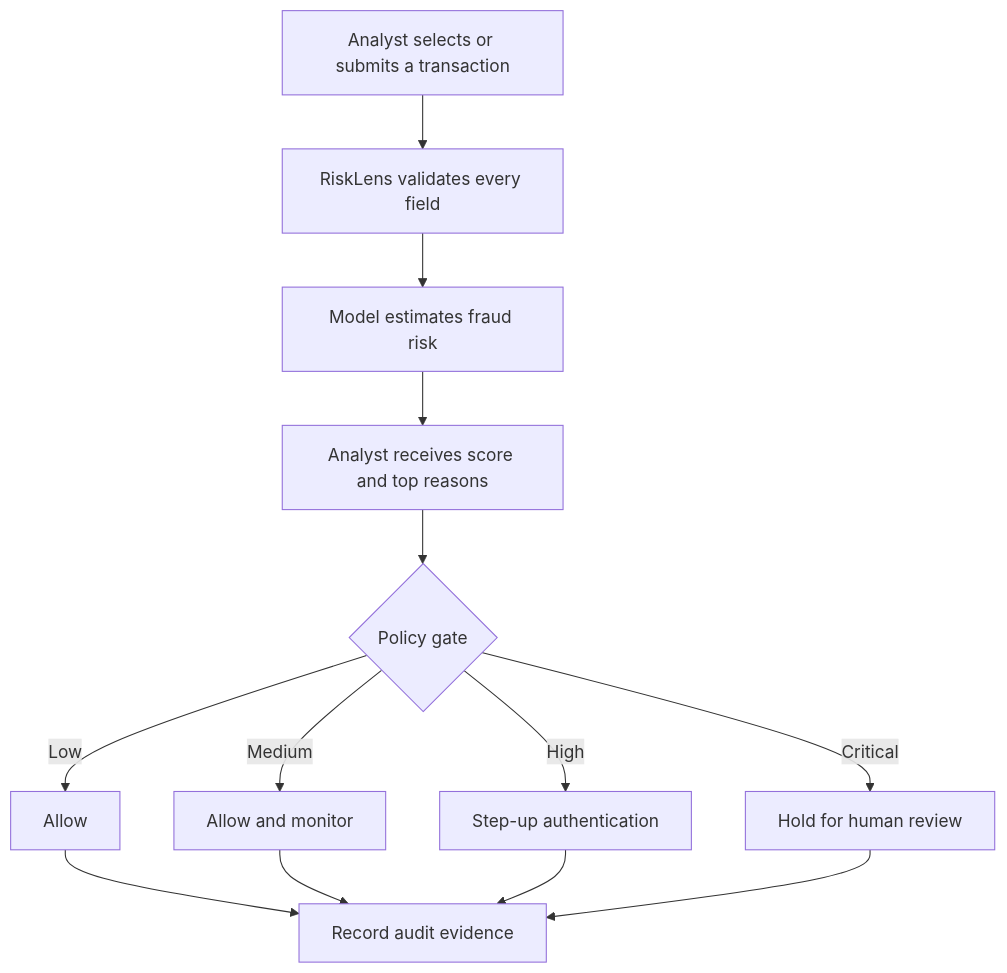
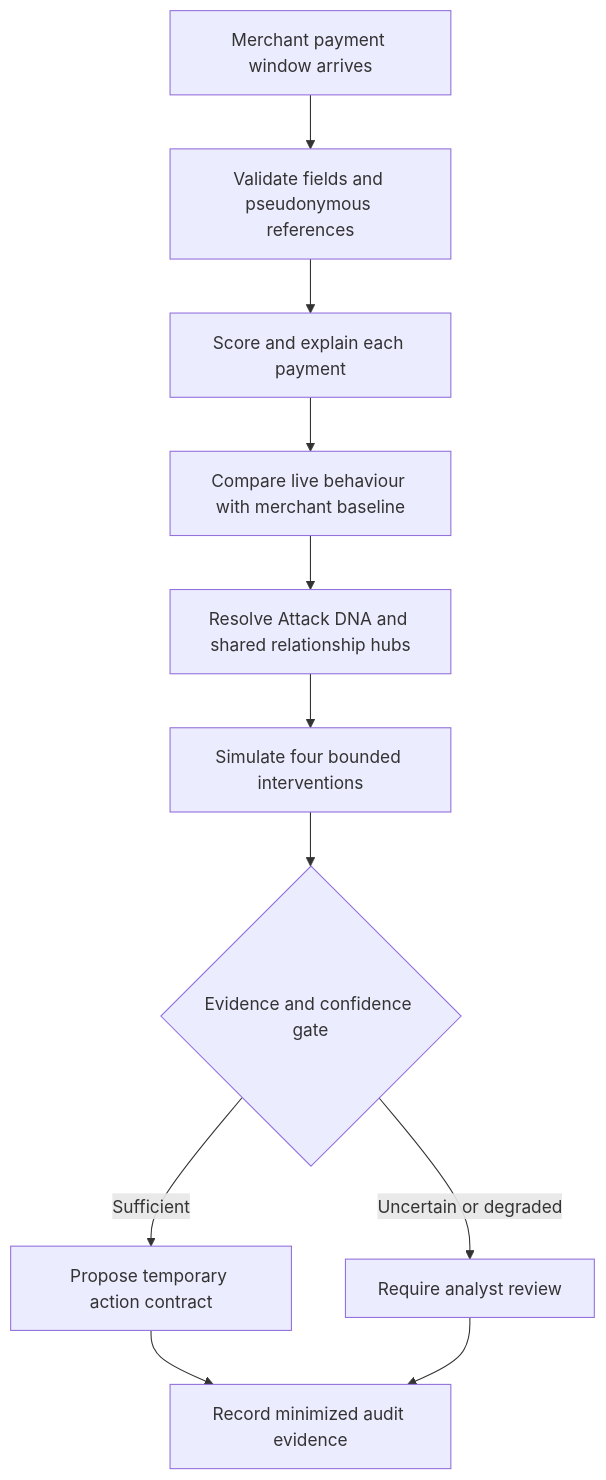
One commit to SAI6601/RiskLens-AI changed the first of 2 diagrams in docs/ARCHITECTURE.md. Above: the diagram before and after it, drawn with Mermaid. The commit also changed other lines of this file and 8 other files, not shown here.

````diff
--- a/docs/ARCHITECTURE.md
+++ b/docs/ARCHITECTURE.md
@@ -5,15 +5,13 @@
 ```mermaid
 flowchart TD
-    A[Analyst selects or submits a transaction] --> B[RiskLens validates every field]
-    B --> C[Model estimates fraud risk]
-    C --> D[Analyst receives score and top reasons]
-    D --> E{Policy gate}
-    E -->|Low| F[Allow]
-    E -->|Medium| G[Allow and monitor]
-    E -->|High| H[Step-up authentication]
-    E -->|Critical| I[Hold for human review]
-    F --> J[Record audit evidence]
-    G --> J
-    H --> J
+    A[Merchant payment window arrives] --> B[Validate fields and pseudonymous references]
+    B --> C[Score and explain each payment]
+    C --> D[Compare live behaviour with merchant baseline]
+    D --> E[Resolve Attack DNA and shared relationship hubs]
+    E --> F[Simulate four bounded interventions]
+    F --> G{Evidence and confidence gate}
+    G -->|Sufficient| H[Propose temporary action contract]
+    G -->|Uncertain or degraded| I[Require analyst review]
+    H --> J[Record minimized audit evidence]
     I --> J
 ```
````
